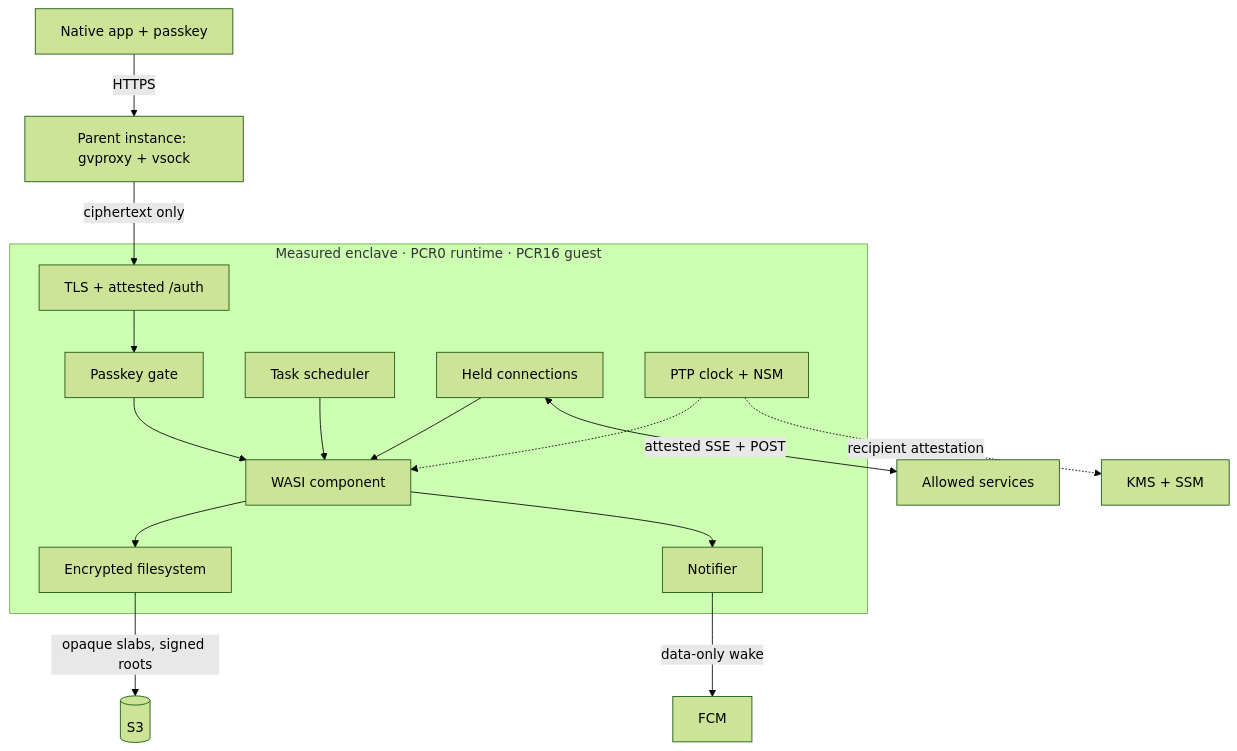
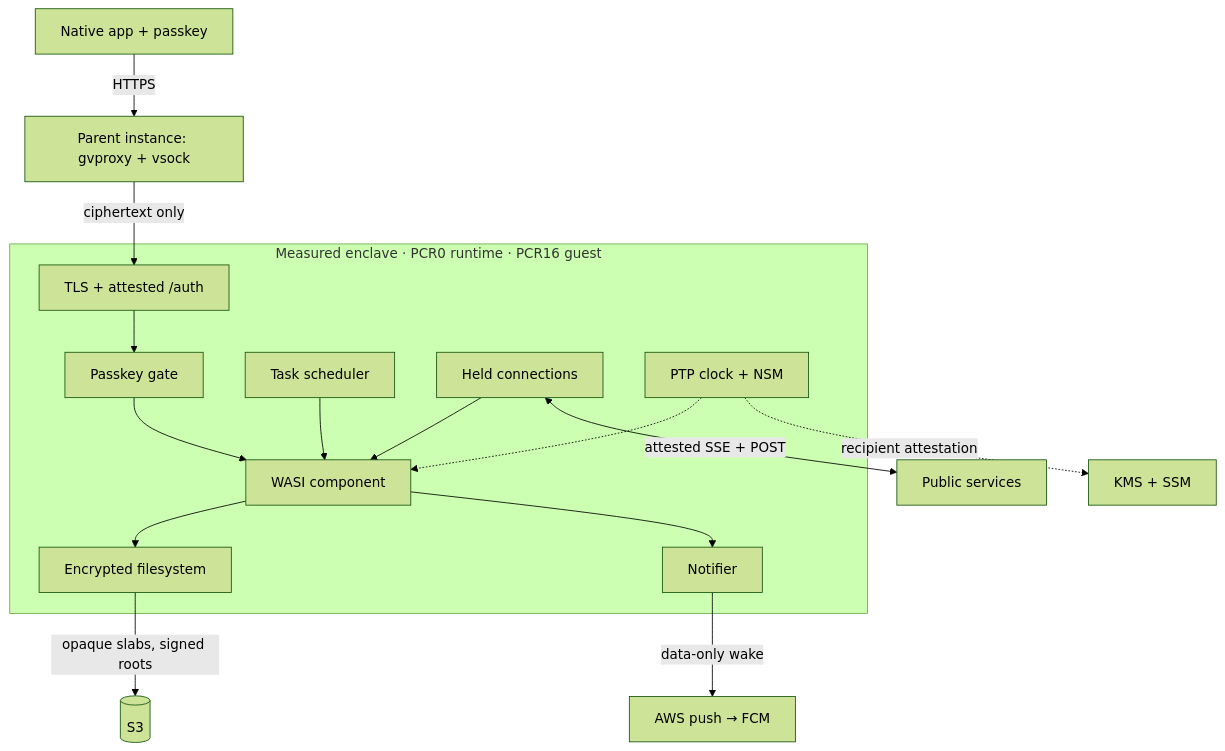
One commit to BitspendPayment/enclave-runtime changed the third of 3 diagrams in README.md. Above: the diagram before and after it, drawn with Mermaid (forest theme). The commit also changed other lines of this file and 52 other files, not shown here.

````diff
--- a/README.md
+++ b/README.md
@@ -296,18 +294,18 @@
 ```mermaid
 flowchart TB
     App["Native app + passkey"] -->|HTTPS| Parent["Parent instance: gvproxy + vsock"]
     Parent -->|ciphertext only| TLS
     subgraph Enclave["Measured enclave · PCR0 runtime · PCR16 guest"]
         TLS["TLS + attested /auth"] --> Gate["Passkey gate"]
         Gate --> Guest["WASI component"]
         Sched["Task scheduler"] --> Guest
         Held["Held connections"] --> Guest
         Dev["PTP clock + NSM"] -.-> Guest
         Guest --> FS["Encrypted filesystem"]
         Guest --> Notify["Notifier"]
     end
     FS -->|opaque slabs, signed roots| S3[("S3")]
     Dev -.->|recipient attestation| KMS["KMS + SSM"]
-    Held <-->|attested SSE + POST| Svc["Allowed services"]
-    Notify -->|data-only wake| FCM["FCM"]
+    Held <-->|attested SSE + POST| Svc["Public services"]
+    Notify -->|data-only wake| Push["AWS push → FCM"]
 ```
````
